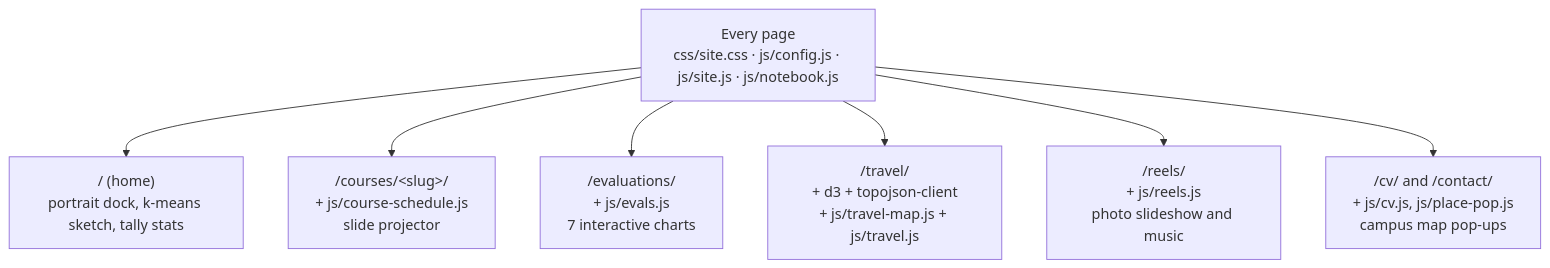
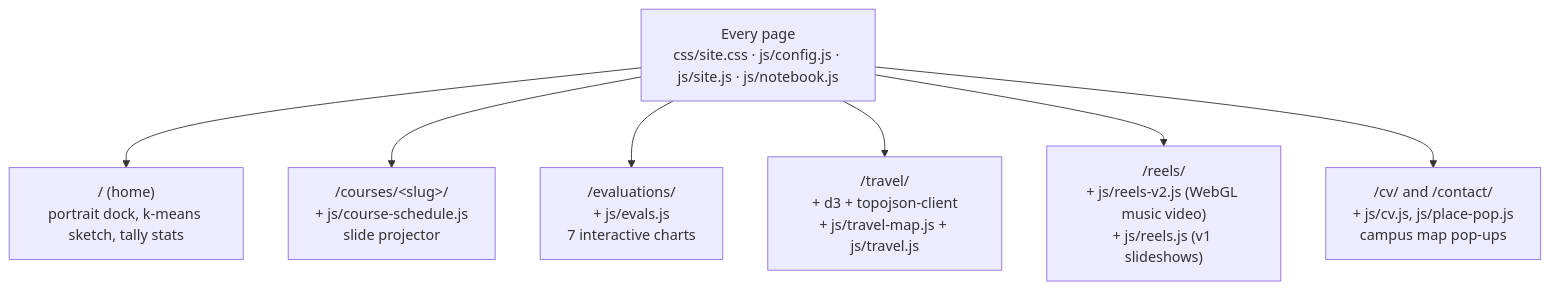
The second of 10 diagrams in README.md (bcollier/ben.collier.phd), drawn with Mermaid before and after one commit. The commit also changed other lines of this file and 49 other files, not shown here.

First line of the commit message:
Reels version 2: a music video cut to the beat (#119)

````diff
--- a/README.md
+++ b/README.md
@@ -55,10 +55,10 @@
 ```mermaid
 flowchart TB
   every["Every page<br/>css/site.css · js/config.js · js/site.js · js/notebook.js"]
   every --> home["/ (home)<br/>portrait dock, k-means sketch, tally stats"]
   every --> courses["/courses/&lt;slug&gt;/<br/>+ js/course-schedule.js<br/>slide projector"]
   every --> evals["/evaluations/<br/>+ js/evals.js<br/>7 interactive charts"]
   every --> travel["/travel/<br/>+ d3 + topojson-client<br/>+ js/travel-map.js + js/travel.js"]
-  every --> reels["/reels/<br/>+ js/reels.js<br/>photo slideshow and music"]
+  every --> reels["/reels/<br/>+ js/reels-v2.js (WebGL music video)<br/>+ js/reels.js (v1 slideshows)"]
   every --> cv["/cv/ and /contact/<br/>+ js/cv.js, js/place-pop.js<br/>campus map pop-ups"]
 ```
````
